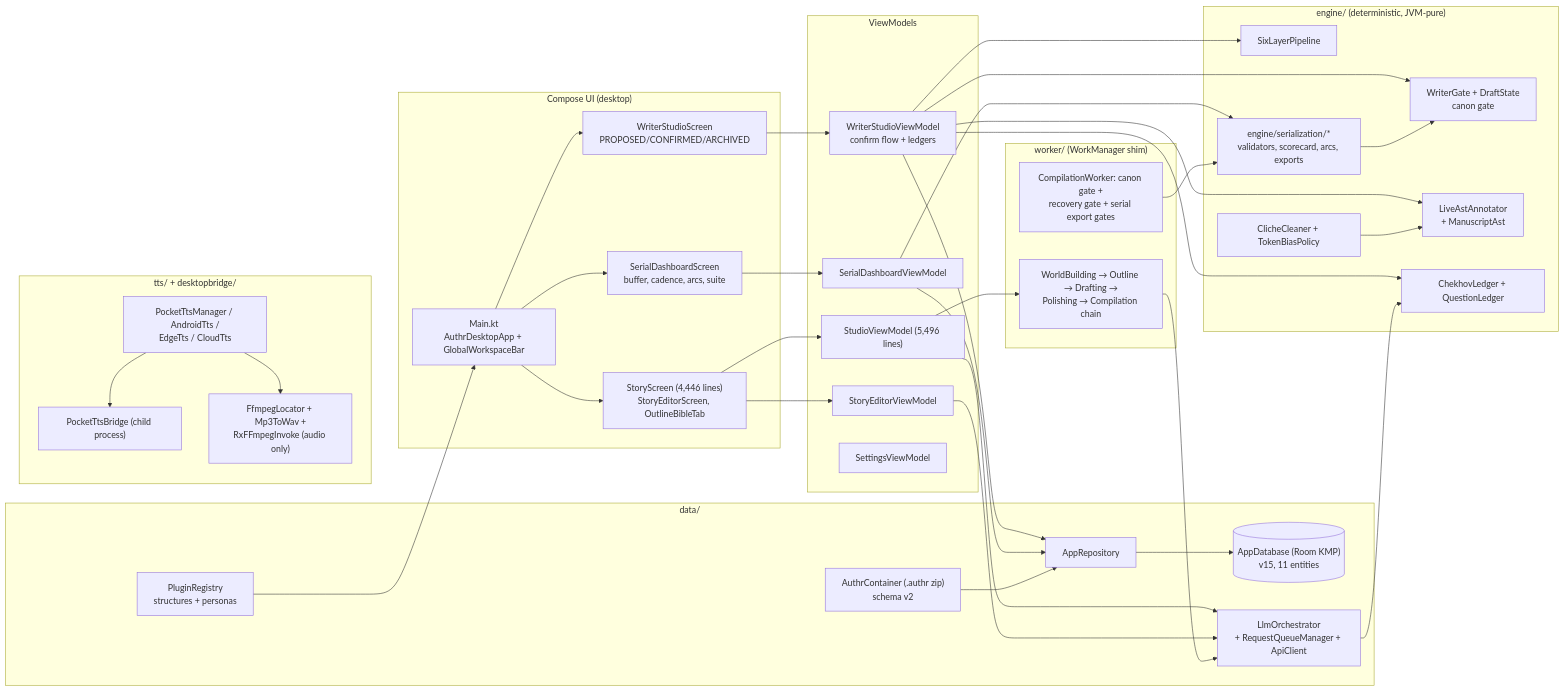
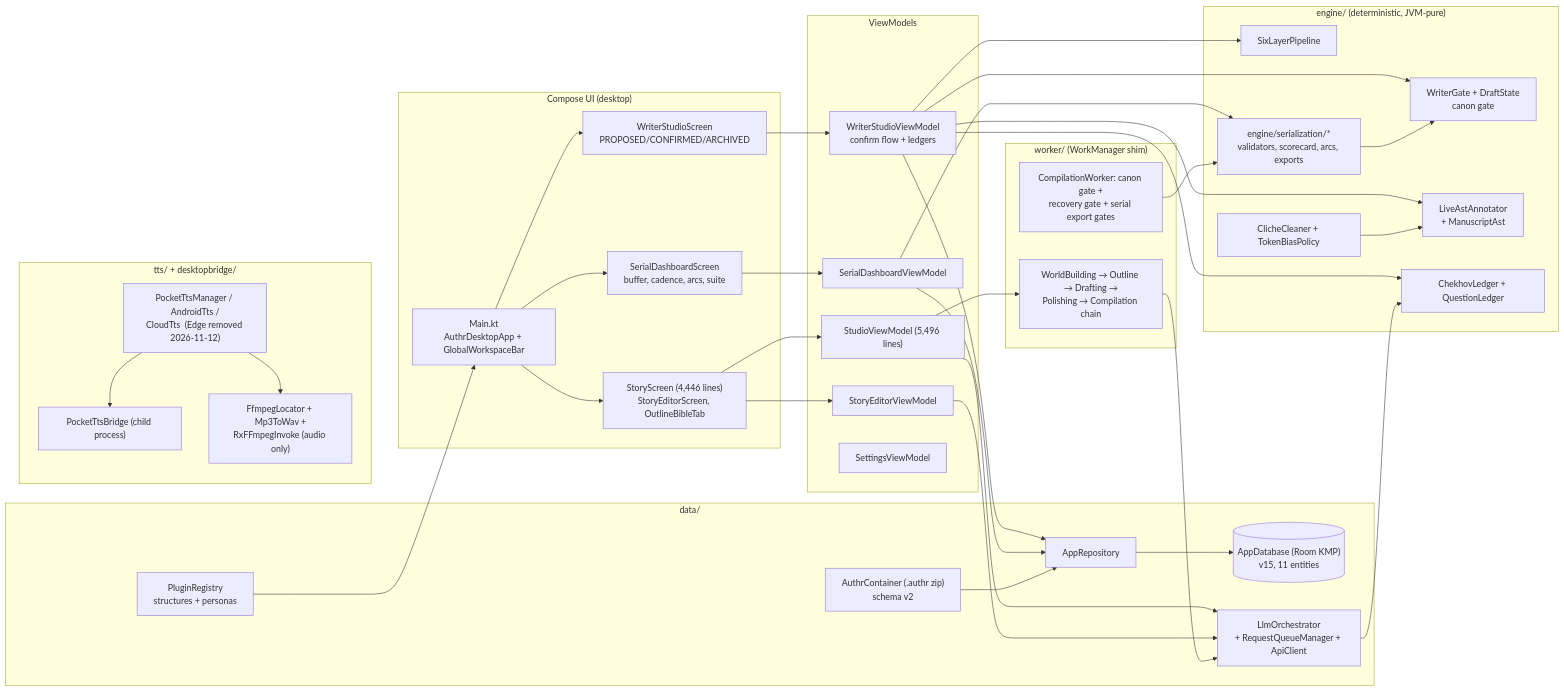
One commit to cschandanguptta-ai/authr_desktop changed the diagram in authr-desktop/docs/system-map.md. Above: the diagram before and after it, drawn with Mermaid. The commit also changed other lines of this file and 287 other files, not shown here.

````diff
--- a/authr-desktop/docs/system-map.md
+++ b/authr-desktop/docs/system-map.md
@@ -7,63 +7,63 @@
 ```mermaid
 flowchart LR
     subgraph UI["Compose UI (desktop)"]
         Main["Main.kt<br/>AuthrDesktopApp + GlobalWorkspaceBar"]
         Story["StoryScreen (4,446 lines)<br/>StoryEditorScreen, OutlineBibleTab"]
         Studio["WriterStudioScreen<br/>PROPOSED/CONFIRMED/ARCHIVED"]
         Serial["SerialDashboardScreen<br/>buffer, cadence, arcs, suite"]
     end
 
     subgraph VM["ViewModels"]
         SVM["StudioViewModel (5,496 lines)"]
         WVM["WriterStudioViewModel<br/>confirm flow + ledgers"]
         SDVM["SerialDashboardViewModel"]
         SEVM["StoryEditorViewModel"]
         SetVM["SettingsViewModel"]
     end
 
     subgraph Engine["engine/ (deterministic, JVM-pure)"]
         Gate["WriterGate + DraftState<br/>canon gate"]
         AST["LiveAstAnnotator<br/>+ ManuscriptAst"]
         Pipe["SixLayerPipeline"]
         Ledgers["ChekhovLedger + QuestionLedger"]
         Cliche["ClicheCleaner + TokenBiasPolicy"]
         SerialE["engine/serialization/*<br/>validators, scorecard, arcs, exports"]
     end
 
     subgraph Data["data/"]
         Repo["AppRepository"]
         DB[("AppDatabase (Room KMP)<br/>v15, 11 entities")]
         Orch["LlmOrchestrator<br/>+ RequestQueueManager + ApiClient"]
         Container["AuthrContainer (.authr zip)<br/>schema v2"]
         Plugins["PluginRegistry<br/>structures + personas"]
     end
 
     subgraph Workers["worker/ (WorkManager shim)"]
         Chain["WorldBuilding → Outline → Drafting →<br/>Polishing → Compilation chain"]
         SerialGates["CompilationWorker: canon gate +<br/>recovery gate + serial export gates"]
     end
 
     subgraph Media["tts/ + desktopbridge/"]
-        TTS["PocketTtsManager / AndroidTts /<br/>EdgeTts / CloudTts"]
+        TTS["PocketTtsManager / AndroidTts /<br/>CloudTts  (Edge removed 2026-11-12)"]
         PBridge["PocketTtsBridge (child process)"]
         FF["FfmpegLocator + Mp3ToWav +<br/>RxFFmpegInvoke (audio only)"]
     end
 
     Main --> Story & Studio & Serial
     Story --> SVM & SEVM
     Studio --> WVM
     Serial --> SDVM
     SVM & SEVM --> Orch
     WVM --> Gate & AST & Pipe & Ledgers & Repo
     SDVM --> SerialE & Repo
     Orch --> Ledgers
     Cliche --> AST
     SerialE --> Gate
     SVM --> Chain
     Chain --> Orch
     SerialGates --> SerialE
     Repo --> DB
     Container --> Repo
     Plugins --> Main
     TTS --> PBridge & FF
 ```
````
